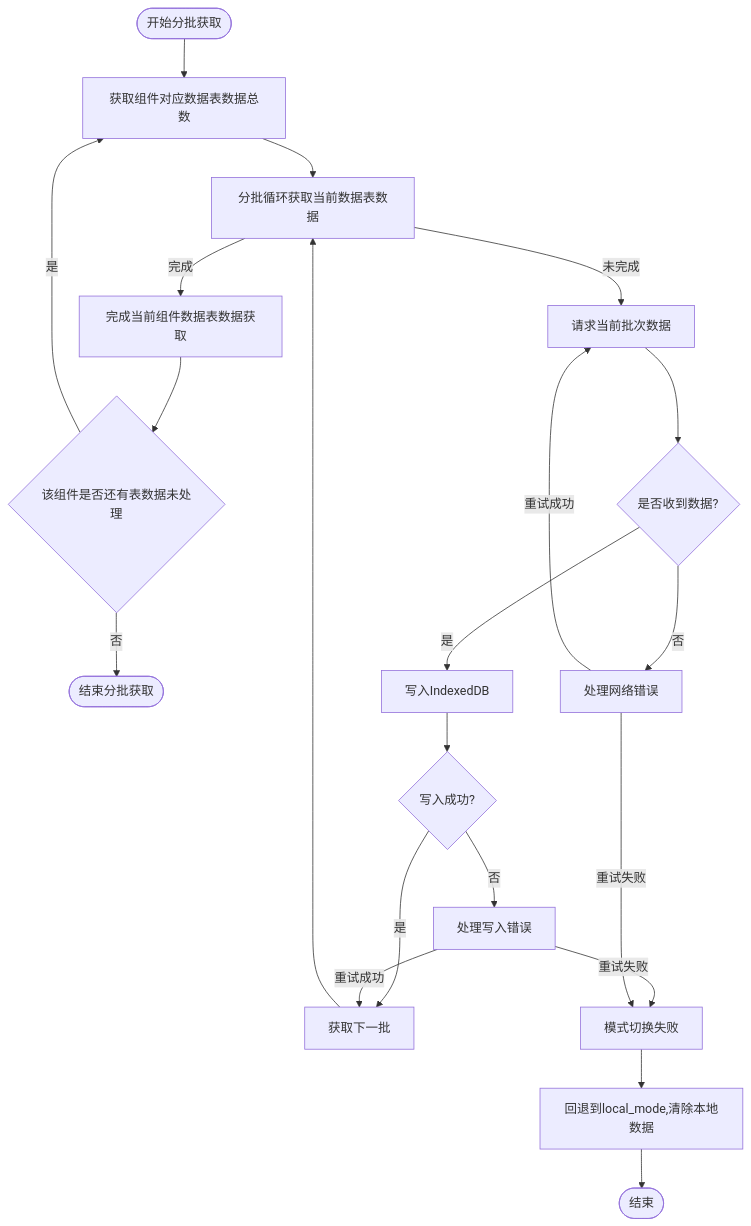
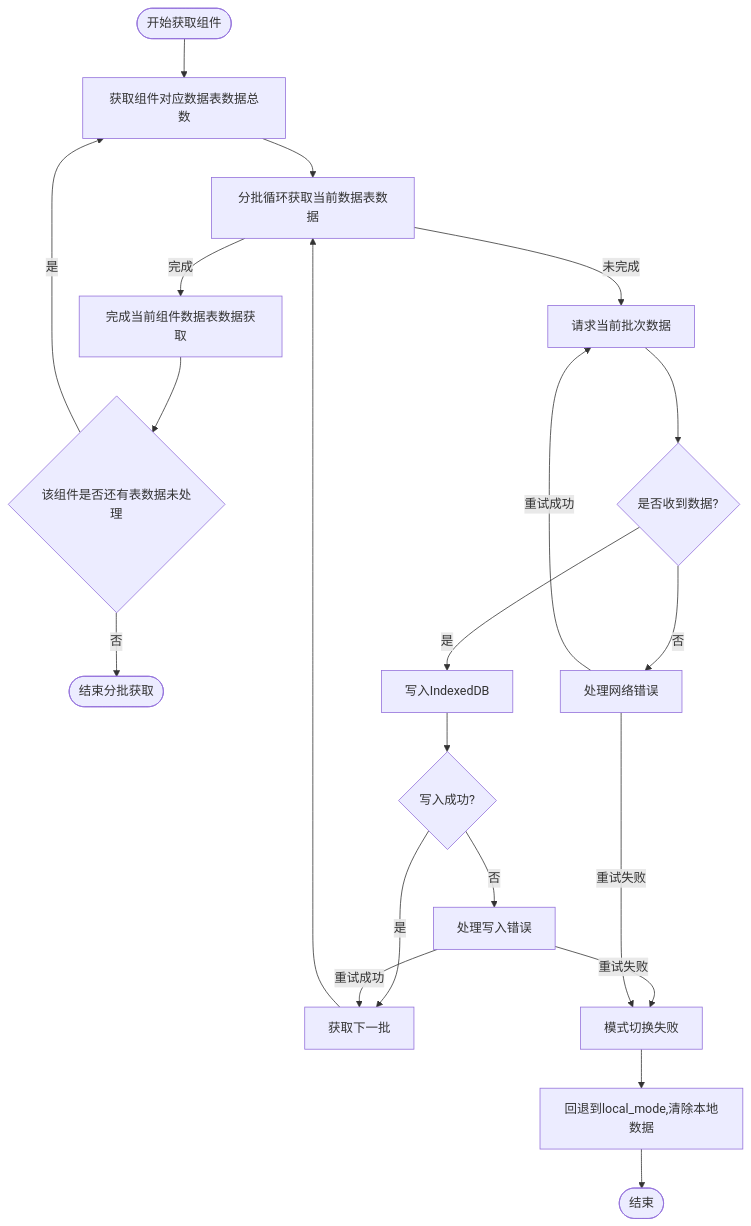
Before and after one commit to yingjianzh/iodraw-files: the diagram in all/未命名-59.md, drawn with Mermaid.

Commit message:
2025-05-14 15:01:19 update

````diff
--- a/all/未命名-59.md
+++ b/all/未命名-59.md
@@ -1,36 +1,36 @@
 ```mermaid
 
 
 flowchart TD
-    StartBatch([开始分批获取]) --> InitializeBatch[获取组件对应数据表数据总数]
+    StartBatch([开始获取组件]) --> InitializeBatch[获取组件对应数据表数据总数]
     InitializeBatch --> CheckBatchSize[分批循环获取当前数据表数据]
     
     CheckBatchSize -->|完成| BatchComplete[完成当前组件数据表数据获取]
 
 
     BatchComplete --> HasNext{该组件是否还有表数据未处理}
 
     HasNext --> |是| InitializeBatch
     HasNext --> |否| EndBatch([结束分批获取])
 
     
     CheckBatchSize -->|未完成| RequestBatch[请求当前批次数据]
     RequestBatch --> ReceiveBatch{是否收到数据?}
     
     ReceiveBatch -->|是| WriteToDB[写入IndexedDB]
     
     WriteToDB --> BatchSuccess{写入成功?}
     BatchSuccess -->|是| NextBatch[获取下一批]
     BatchSuccess -->|否| HandleError[处理写入错误]
     HandleError -->|重试成功| NextBatch
     HandleError -->|重试失败| ModeFailed[模式切换失败]
     ModeFailed --> Abort[回退到local_mode,清除本地数据]
     Abort --> End([结束])
     
     ReceiveBatch -->|否| HandleNetworkError[处理网络错误]
     HandleNetworkError -->|重试成功| RequestBatch
     HandleNetworkError -->|重试失败| ModeFailed
     
     NextBatch --> CheckBatchSize
 
 ```
````
